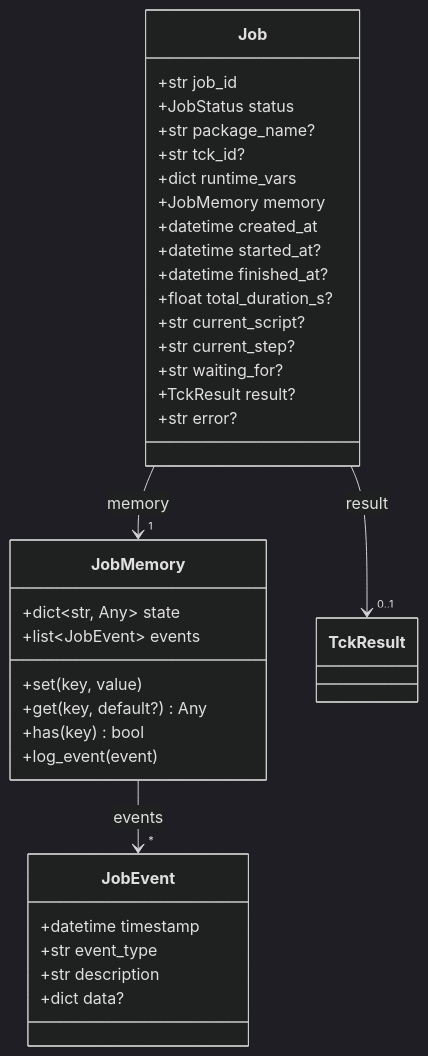
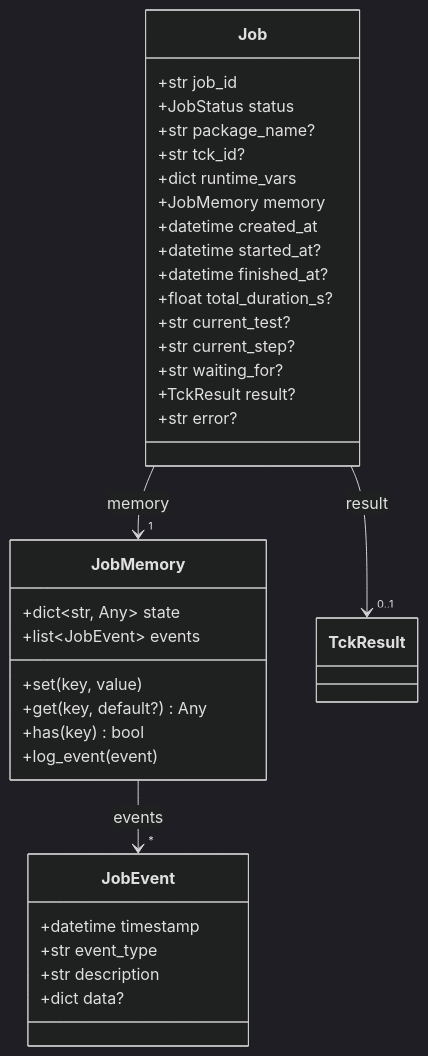
One commit to eclipse-tractusx/tractusx-testlab changed the third of 8 diagrams in docs/specification/specification/data-models.md. Above: the diagram before and after it, drawn with Mermaid (dark theme). The commit also changed other lines of this file and 267 other files, not shown here.

````diff
--- a/docs/specification/specification/data-models.md
+++ b/docs/specification/specification/data-models.md
@@ -199,40 +199,40 @@
 ```mermaid
 classDiagram
     class Job {
         +str job_id
         +JobStatus status
         +str package_name?
         +str tck_id?
         +dict runtime_vars
         +JobMemory memory
         +datetime created_at
         +datetime started_at?
         +datetime finished_at?
         +float total_duration_s?
-        +str current_script?
+        +str current_test?
         +str current_step?
         +str waiting_for?
         +TckResult result?
         +str error?
     }
 
     class JobMemory {
         +dict~str, Any~ state
         +list~JobEvent~ events
         +set(key, value)
         +get(key, default?) Any
         +has(key) bool
         +log_event(event)
     }
 
     class JobEvent {
         +datetime timestamp
         +str event_type
         +str description
         +dict data?
     }
 
     Job --> "1" JobMemory : memory
     Job --> "0..1" TckResult : result
     JobMemory --> "*" JobEvent : events
 ```
````
